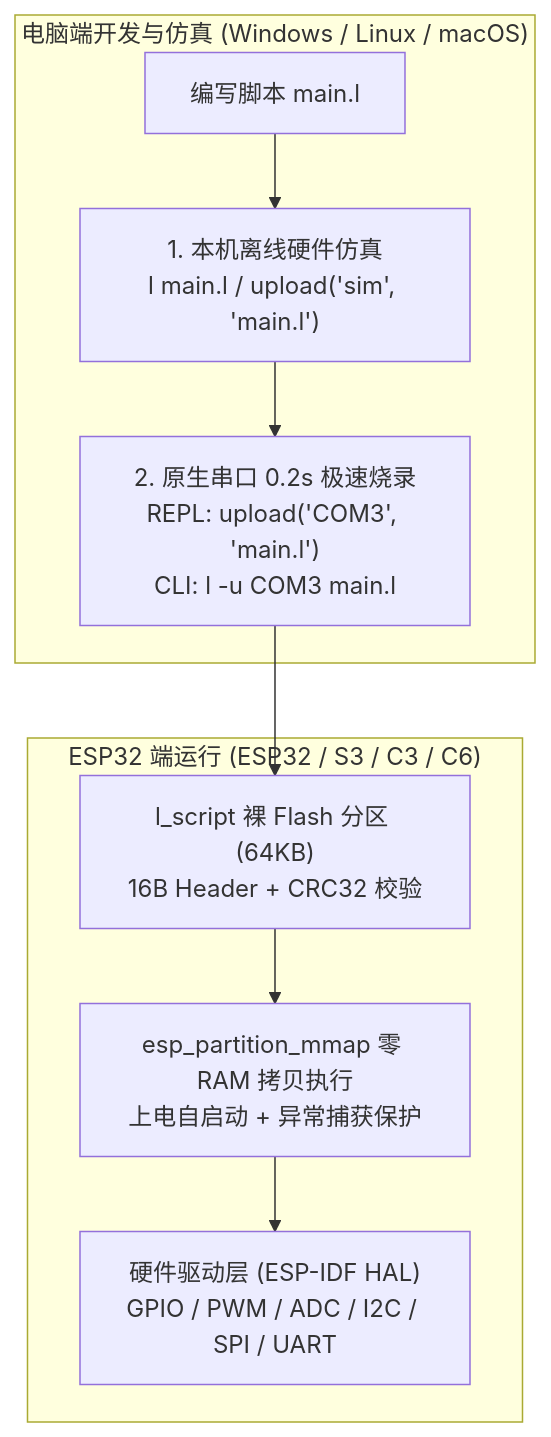
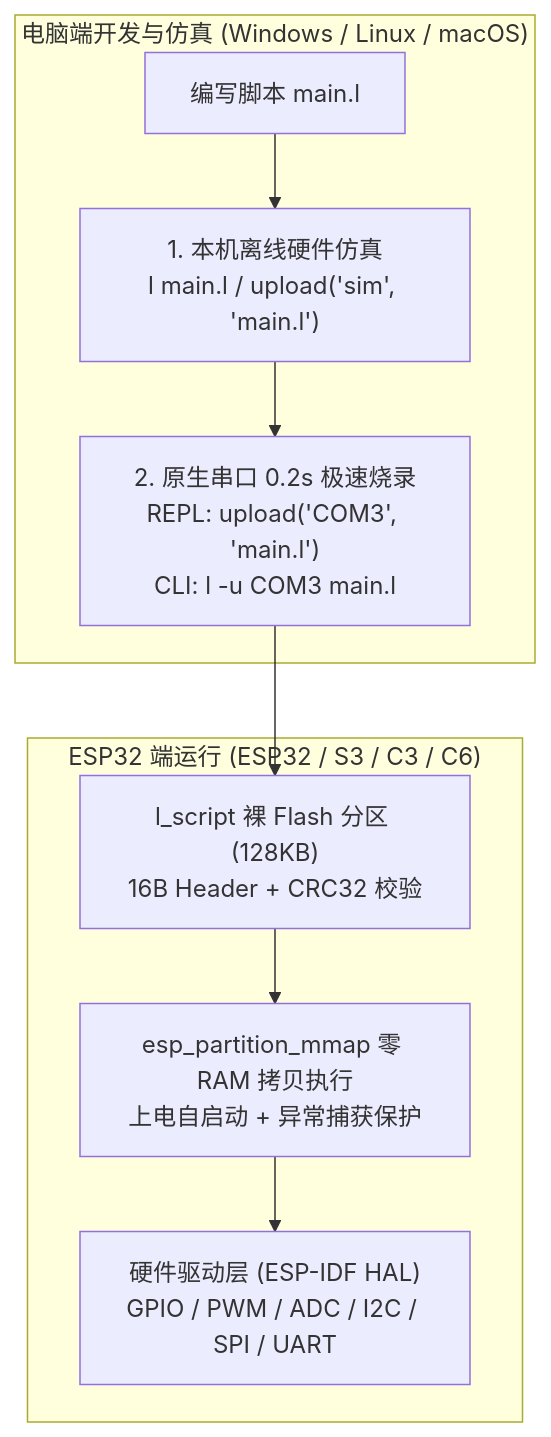
Before and after one commit to yongyaoli/lang: the diagram in README.md, drawn with Mermaid. The commit also changed other lines of this file and 15 other files, not shown here.

````diff
--- a/README.md
+++ b/README.md
@@ -56,12 +57,12 @@
 ```mermaid
 flowchart TB
     subgraph PC["电脑端开发与仿真 (Windows / Linux / macOS)"]
         Script["编写脚本 main.l"] --> Sim["1. 本机离线硬件仿真<br/>l main.l / upload('sim', 'main.l')"]
         Sim --> Upload["2. 原生串口 0.2s 极速烧录<br/>REPL: upload('COM3', 'main.l')<br/>CLI: l -u COM3 main.l"]
     end
     subgraph MCU["ESP32 端运行 (ESP32 / S3 / C3 / C6)"]
-        Upload --> FlashPart["l_script 裸 Flash 分区 (64KB)<br/>16B Header + CRC32 校验"]
+        Upload --> FlashPart["l_script 裸 Flash 分区 (128KB)<br/>16B Header + CRC32 校验"]
         FlashPart --> MMap["esp_partition_mmap 零 RAM 拷贝执行<br/>上电自启动 + 异常捕获保护"]
         MMap --> HW["硬件驱动层 (ESP-IDF HAL)<br/>GPIO / PWM / ADC / I2C / SPI / UART"]
     end
 ```
````
